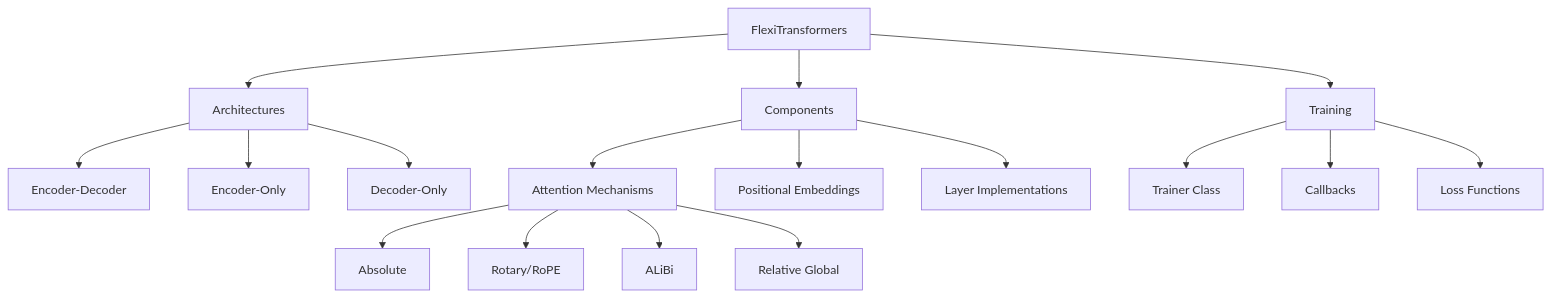
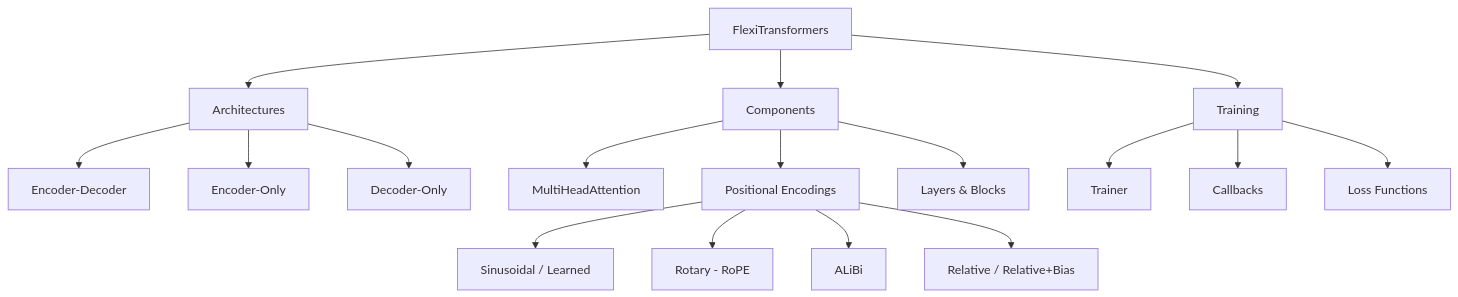
One commit to A-Elshahawy/FlexiTransformers changed the first of 3 diagrams in docs/index.rst. Above: the diagram before and after it, drawn with Mermaid. The commit also changed other lines of this file and 4 other files, not shown here.

```diff
--- a/docs/index.rst
+++ b/docs/index.rst
@@ -27,23 +28,23 @@
 .. mermaid::
 
    graph TD
        A[FlexiTransformers] --> B[Architectures]
        A --> C[Components]
        A --> D[Training]
-       
+
        B --> B1[Encoder-Decoder]
        B --> B2[Encoder-Only]
        B --> B3[Decoder-Only]
-       
-       C --> C1[Attention Mechanisms]
-       C --> C2[Positional Embeddings]
-       C --> C3[Layer Implementations]
-       
-       C1 --> C1a[Absolute]
-       C1 --> C1b[Rotary/RoPE]
-       C1 --> C1c[ALiBi]
-       C1 --> C1d[Relative Global]
-       
-       D --> D1[Trainer Class]
+
+       C --> C1[MultiHeadAttention]
+       C --> C2[Positional Encodings]
+       C --> C3[Layers & Blocks]
+
+       C2 --> C2a[Sinusoidal / Learned]
+       C2 --> C2b[Rotary - RoPE]
+       C2 --> C2c[ALiBi]
+       C2 --> C2d[Relative / Relative+Bias]
+
+       D --> D1[Trainer]
        D --> D2[Callbacks]
        D --> D3[Loss Functions]
```
